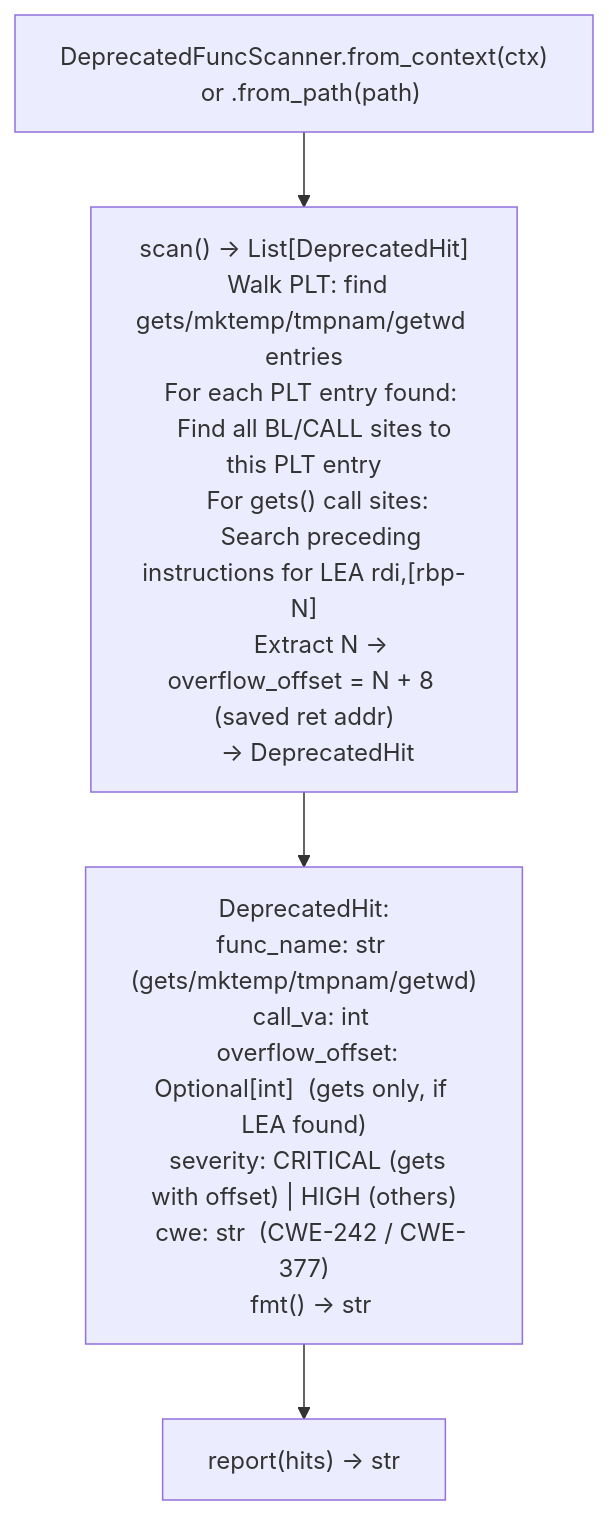
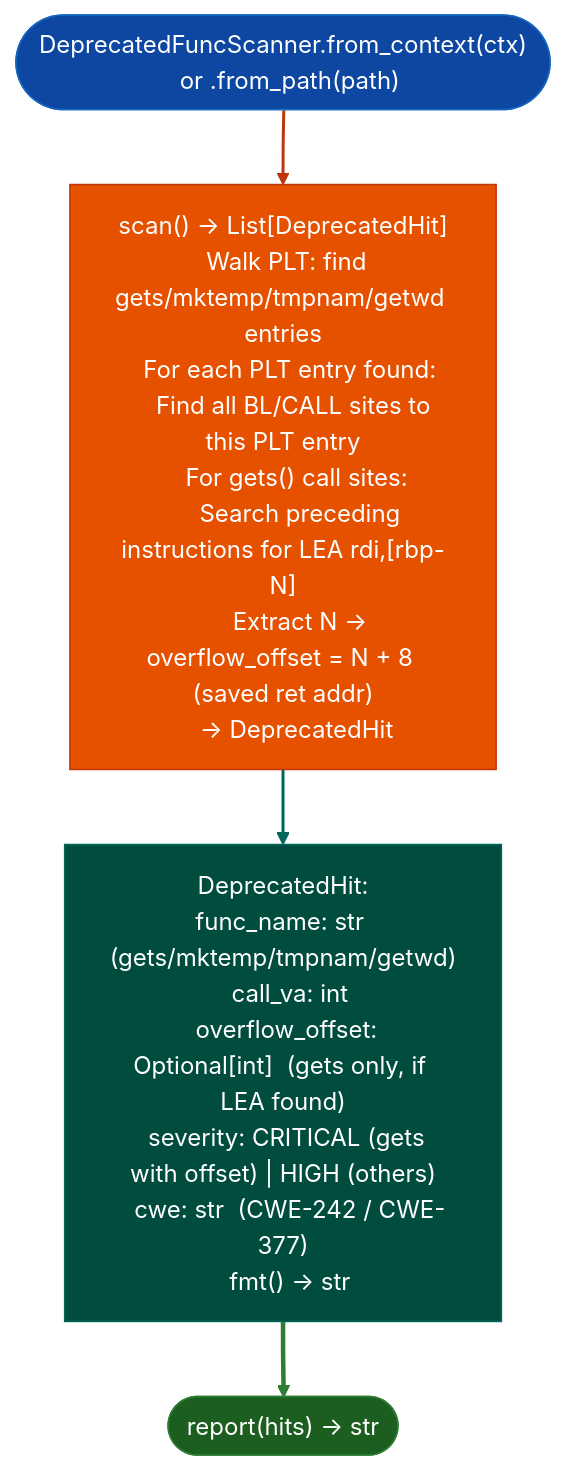
The diagram in docs/reference-modules/data-structure-pattern-classification.md (Ablation-Tool/ablation), drawn with Mermaid before and after one commit. The commit also changed 320 other files, not shown here.

First line of the commit message:
docs: apply canonical Mermaid template to all 321 diagrams

````diff
--- a/docs/reference-modules/data-structure-pattern-classification.md
+++ b/docs/reference-modules/data-structure-pattern-classification.md
@@ -19,6 +19,15 @@
 ```mermaid
 flowchart TD
-    A["DeprecatedFuncScanner.from_context(ctx)\n  or .from_path(path)"] --> B["scan() → List[DeprecatedHit]\n  Walk PLT: find gets/mktemp/tmpnam/getwd entries\n  For each PLT entry found:\n    Find all BL/CALL sites to this PLT entry\n    For gets() call sites:\n      Search preceding instructions for LEA rdi,[rbp-N]\n      Extract N → overflow_offset = N + 8 (saved ret addr)\n    → DeprecatedHit"]
-    B --> C["DeprecatedHit:\n  func_name: str   (gets/mktemp/tmpnam/getwd)\n  call_va: int\n  overflow_offset: Optional[int]  (gets only, if LEA found)\n  severity: CRITICAL (gets with offset) | HIGH (others)\n  cwe: str  (CWE-242 / CWE-377)\n  fmt() → str"]
-    C --> D["report(hits) → str"]
+    A(["DeprecatedFuncScanner.from_context(ctx)\n  or .from_path(path)"]):::input --> B["scan() → List[DeprecatedHit]\n  Walk PLT: find gets/mktemp/tmpnam/getwd entries\n  For each PLT entry found:\n    Find all BL/CALL sites to this PLT entry\n    For gets() call sites:\n      Search preceding instructions for LEA rdi,[rbp-N]\n      Extract N → overflow_offset = N + 8 (saved ret addr)\n    → DeprecatedHit"]:::primary
+    B:::primary --> C["DeprecatedHit:\n  func_name: str   (gets/mktemp/tmpnam/getwd)\n  call_va: int\n  overflow_offset: Optional[int]  (gets only, if LEA found)\n  severity: CRITICAL (gets with offset) | HIGH (others)\n  cwe: str  (CWE-242 / CWE-377)\n  fmt() → str"]:::secondary
+    C:::secondary --> D(["report(hits) → str"]):::output
+    classDef input     fill:#0d47a1,stroke:#1565c0,color:#fff
+    classDef primary   fill:#e65100,stroke:#bf360c,color:#fff
+    classDef secondary fill:#004d40,stroke:#00695c,color:#fff
+    classDef tertiary  fill:#4a148c,stroke:#6a1b9a,color:#fff
+    classDef neutral   fill:#37474f,stroke:#546e7a,color:#fff
+    classDef output    fill:#1b5e20,stroke:#2e7d32,color:#fff
+    linkStyle 0 stroke:#bf360c,stroke-width:2px
+    linkStyle 1 stroke:#00695c,stroke-width:2px
+    linkStyle 2 stroke:#2e7d32,stroke-width:3px
 ```
````
